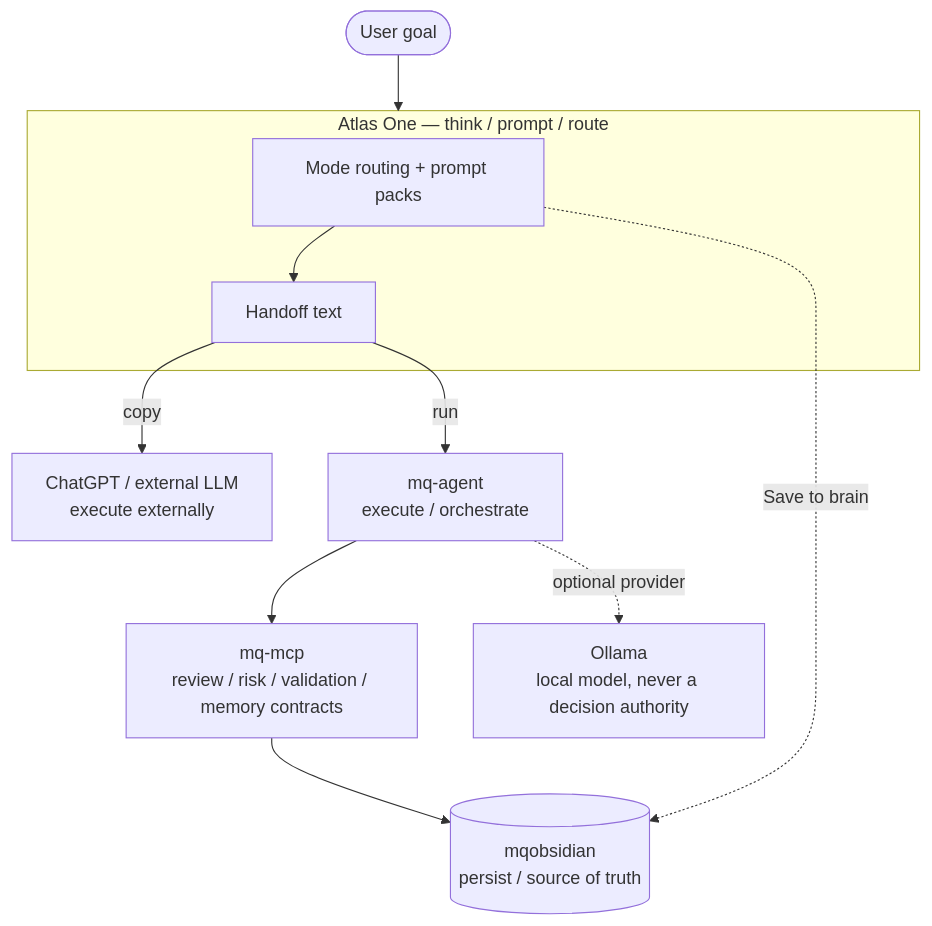
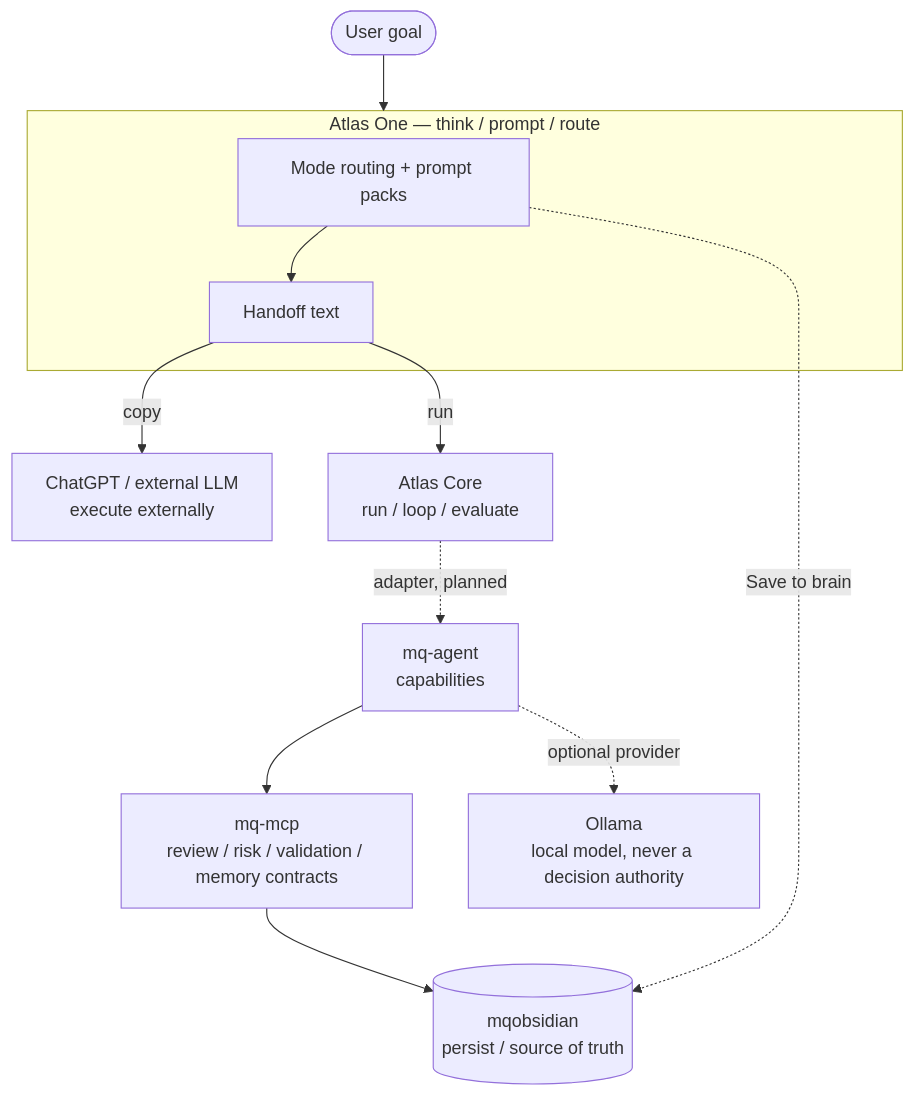
One commit to MCamner/atlas-one changed the diagram in README.md. Above: the diagram before and after it, drawn with Mermaid. The commit also changed other lines of this file and 4 other files, not shown here.

````diff
--- a/README.md
+++ b/README.md
@@ -149,16 +147,17 @@
 ```mermaid
 flowchart TD
     U([User goal]) --> AO
 
     subgraph AO["Atlas One — think / prompt / route"]
       R[Mode routing + prompt packs] --> HO[Handoff text]
     end
 
     HO -->|copy| EXT[ChatGPT / external LLM<br/>execute externally]
-    HO -->|run| AG[mq-agent<br/>execute / orchestrate]
+    HO -->|run| CORE[Atlas Core<br/>run / loop / evaluate]
+    CORE -. adapter, planned .-> AG[mq-agent<br/>capabilities]
 
     AG --> MC[mq-mcp<br/>review / risk / validation / memory contracts]
     AG -. optional provider .-> OL[Ollama<br/>local model, never a decision authority]
     MC --> OB[(mqobsidian<br/>persist / source of truth)]
     R -. Save to brain .-> OB
 ```
````
